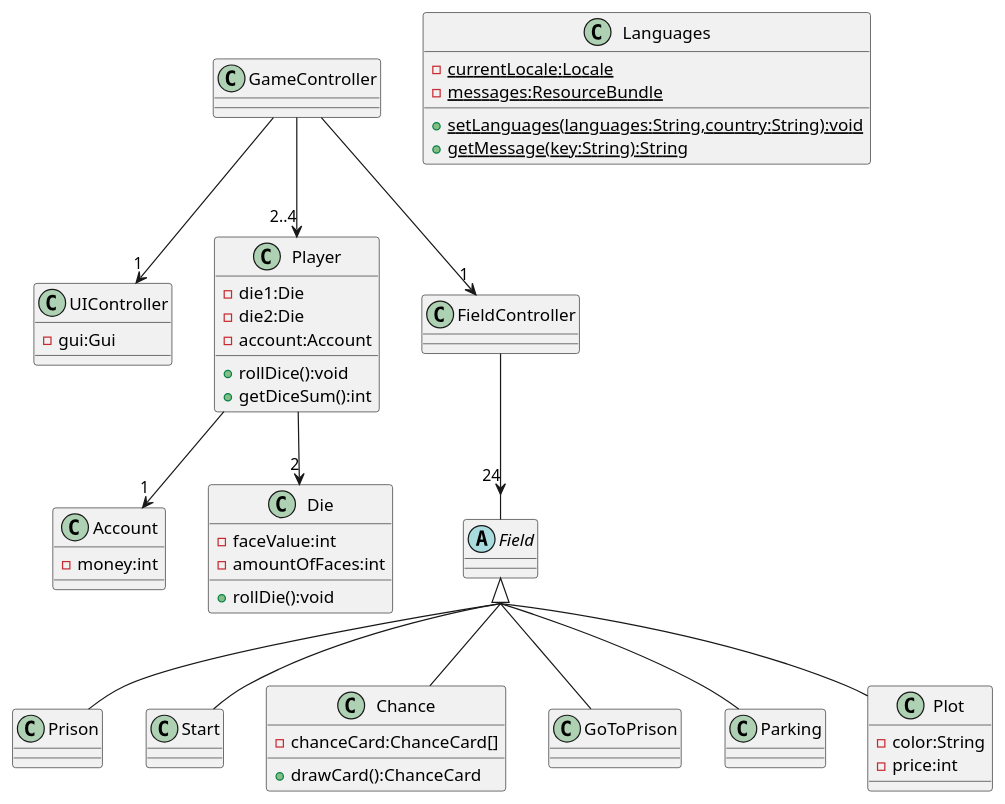
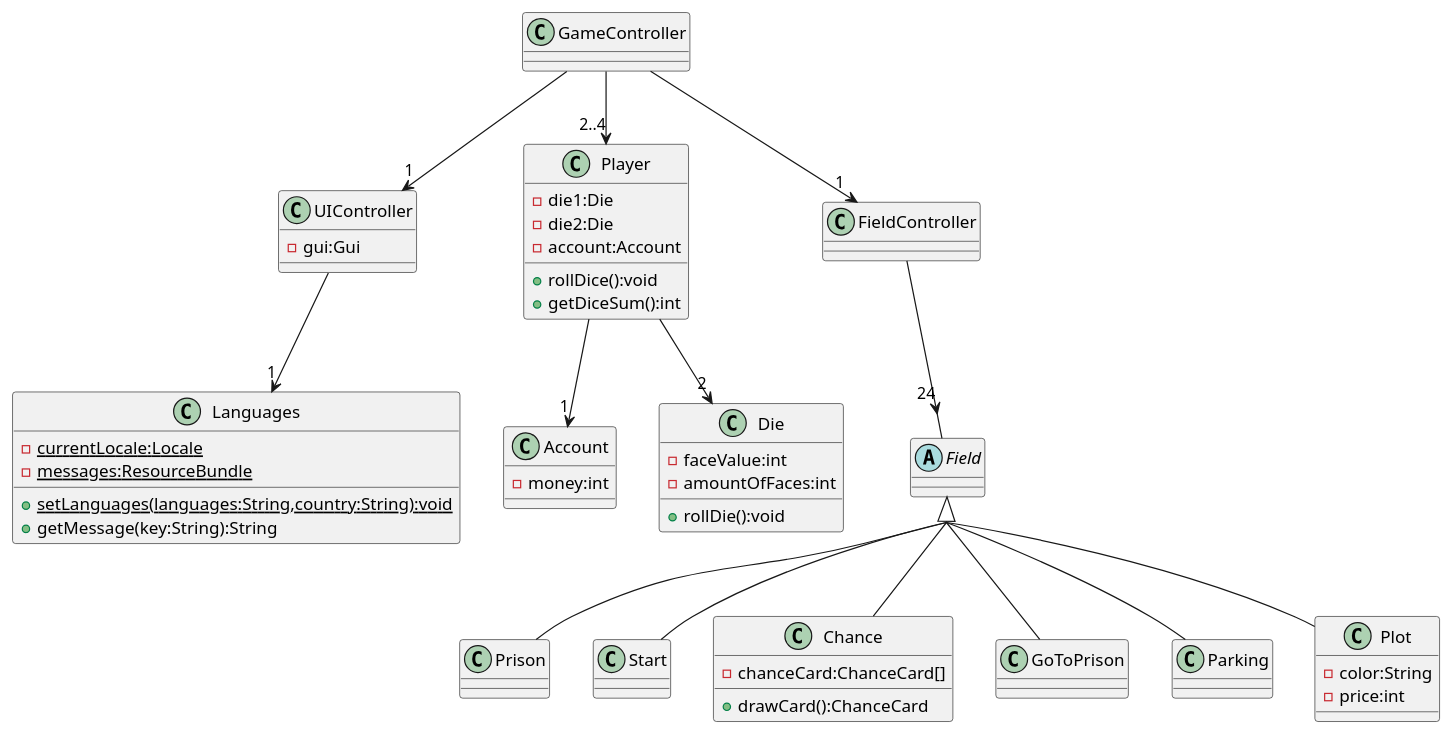
One commit to DTUgruppe15/15_del3 changed the diagram in src/UML/CDIO3ClassDiagram.puml. Above: the diagram before and after it, drawn with PlantUML. The commit also changed 1 other file, not shown here.

Commit message:
Updated UML
Fixed Languages

```diff
--- a/src/UML/CDIO3ClassDiagram.puml
+++ b/src/UML/CDIO3ClassDiagram.puml
@@ -1,63 +1,64 @@
 @startuml
 'https://plantuml.com/class-diagram
 skinparam groupInheritance 2
 
 abstract class Field
 class Prison
 class Start
 class Chance{
     -chanceCard:ChanceCard[]
     +drawCard():ChanceCard
 }
 class GoToPrison
 class Parking
 class Plot{
     -color:String
     -price:int
 }
 
 Field <|-- Prison
 Field <|-- Start
 Field <|-- Chance
 Field <|-- GoToPrison
 Field <|-- Parking
 Field <|-- Plot
 
 class UIController{
     -gui:Gui
 }
 class Player{
     -die1:Die
     -die2:Die
     -account:Account
     +rollDice():void
     +getDiceSum():int
 }
 class Account{
     -money:int
 }
 class Die{
     -faceValue:int
     -amountOfFaces:int
     +rollDie():void
 }
 class FieldController
 class GameController
 
 Player -->"2" Die
 Player -->"1" Account
 GameController -->"2..4" Player
 GameController -->"1" FieldController
 FieldController -->"24" Field
 GameController -->"1" UIController
+UIController -->"1" Languages
 
 class Languages{
     {static}-currentLocale:Locale
     {static}-messages:ResourceBundle
     {static}+setLanguages(languages:String,country:String):void
-    {static}+getMessage(key:String):String
+    +getMessage(key:String):String
 }
 
 
 
 @enduml
```
